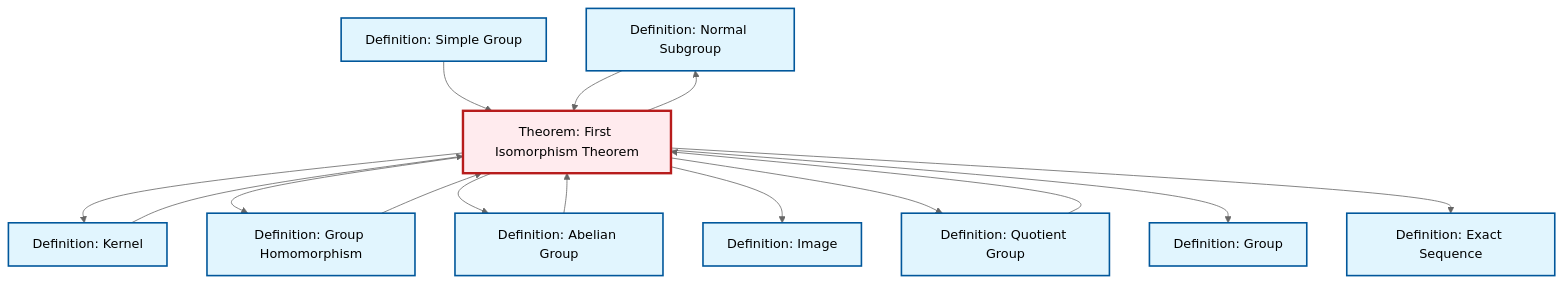
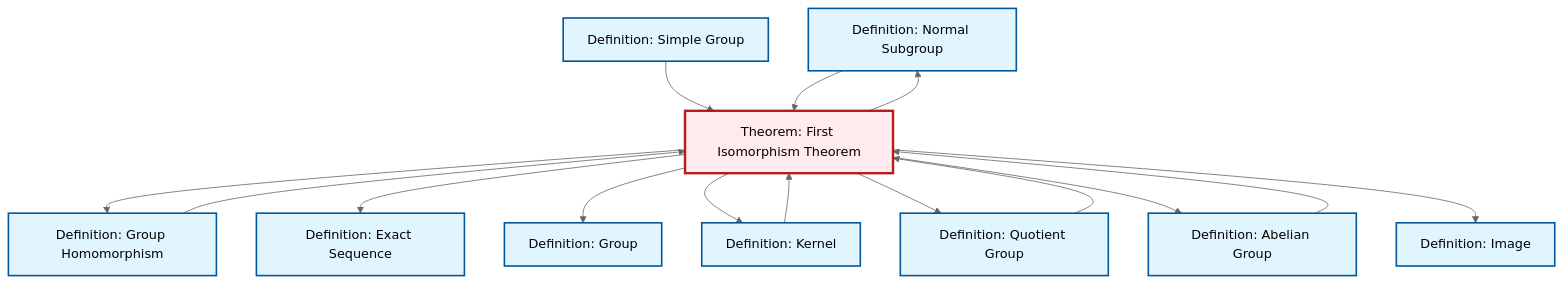
Before and after one commit to RK0429/ModernMath: the diagram in content/en/algebra/thm-first-isomorphism.qmd, drawn with Mermaid (neutral theme). The commit also changed other lines of this file and 328 other files, not shown here.

````diff
--- a/content/en/algebra/thm-first-isomorphism.qmd
+++ b/content/en/algebra/thm-first-isomorphism.qmd
@@ -109,43 +109,43 @@
 ```{mermaid}
 %%| fig-cap: "Local dependency graph"
 graph TD
     classDef definition fill:#e1f5fe,stroke:#01579b,stroke-width:2px
     classDef theorem fill:#f3e5f5,stroke:#4a148c,stroke-width:2px
     classDef axiom fill:#fff3e0,stroke:#e65100,stroke-width:2px
     classDef example fill:#e8f5e9,stroke:#1b5e20,stroke-width:2px
     classDef current fill:#ffebee,stroke:#b71c1c,stroke-width:3px
     def-normal-subgroup["Definition: Normal Subgroup"]:::definition
+    def-kernel["Definition: Kernel"]:::definition
+    def-simple-group["Definition: Simple Group"]:::definition
+    def-abelian-group["Definition: Abelian Group"]:::definition
+    def-group["Definition: Group"]:::definition
+    thm-first-isomorphism["Theorem: First Isomorphism Theorem"]:::theorem
+    def-homomorphism["Definition: Group Homomorphism"]:::definition
     def-image["Definition: Image"]:::definition
     def-exact-sequence["Definition: Exact Sequence"]:::definition
     def-quotient-group["Definition: Quotient Group"]:::definition
-    thm-first-isomorphism["Theorem: First Isomorphism Theorem"]:::theorem
-    def-homomorphism["Definition: Group Homomorphism"]:::definition
-    def-group["Definition: Group"]:::definition
-    def-simple-group["Definition: Simple Group"]:::definition
-    def-kernel["Definition: Kernel"]:::definition
-    def-abelian-group["Definition: Abelian Group"]:::definition
+    thm-first-isomorphism --> def-homomorphism
+    thm-first-isomorphism --> def-exact-sequence
+    thm-first-isomorphism --> def-group
+    def-simple-group --> thm-first-isomorphism
+    thm-first-isomorphism --> def-kernel
+    def-normal-subgroup --> thm-first-isomorphism
+    thm-first-isomorphism --> def-quotient-group
+    def-abelian-group --> thm-first-isomorphism
+    def-homomorphism --> thm-first-isomorphism
+    thm-first-isomorphism --> def-abelian-group
+    def-quotient-group --> thm-first-isomorphism
+    thm-first-isomorphism --> def-normal-subgroup
     def-kernel --> thm-first-isomorphism
-    thm-first-isomorphism --> def-kernel
-    thm-first-isomorphism --> def-homomorphism
-    def-abelian-group --> thm-first-isomorphism
-    thm-first-isomorphism --> def-abelian-group
     thm-first-isomorphism --> def-image
-    thm-first-isomorphism --> def-quotient-group
-    thm-first-isomorphism --> def-group
-    thm-first-isomorphism --> def-normal-subgroup
-    def-homomorphism --> thm-first-isomorphism
-    thm-first-isomorphism --> def-exact-sequence
-    def-quotient-group --> thm-first-isomorphism
-    def-simple-group --> thm-first-isomorphism
-    def-normal-subgroup --> thm-first-isomorphism
     class thm-first-isomorphism current
     click def-normal-subgroup "def-normal-subgroup.html" "Go to Normal Subgroup definition"
+    click def-kernel "def-kernel.html" "Go to Kernel definition"
+    click def-simple-group "def-simple-group.html" "Go to Simple Group definition"
+    click def-abelian-group "def-abelian-group.html" "Go to Abelian Group definition"
+    click def-group "def-group.html" "Go to Group definition"
+    click def-homomorphism "def-homomorphism.html" "Go to Group Homomorphism definition"
     click def-image "def-image.html" "Go to Image definition"
     click def-exact-sequence "def-exact-sequence.html" "Go to Exact Sequence definition"
     click def-quotient-group "def-quotient-group.html" "Go to Quotient Group definition"
-    click def-homomorphism "def-homomorphism.html" "Go to Group Homomorphism definition"
-    click def-group "def-group.html" "Go to Group definition"
-    click def-simple-group "def-simple-group.html" "Go to Simple Group definition"
-    click def-kernel "def-kernel.html" "Go to Kernel definition"
-    click def-abelian-group "def-abelian-group.html" "Go to Abelian Group definition"
 ```
````
